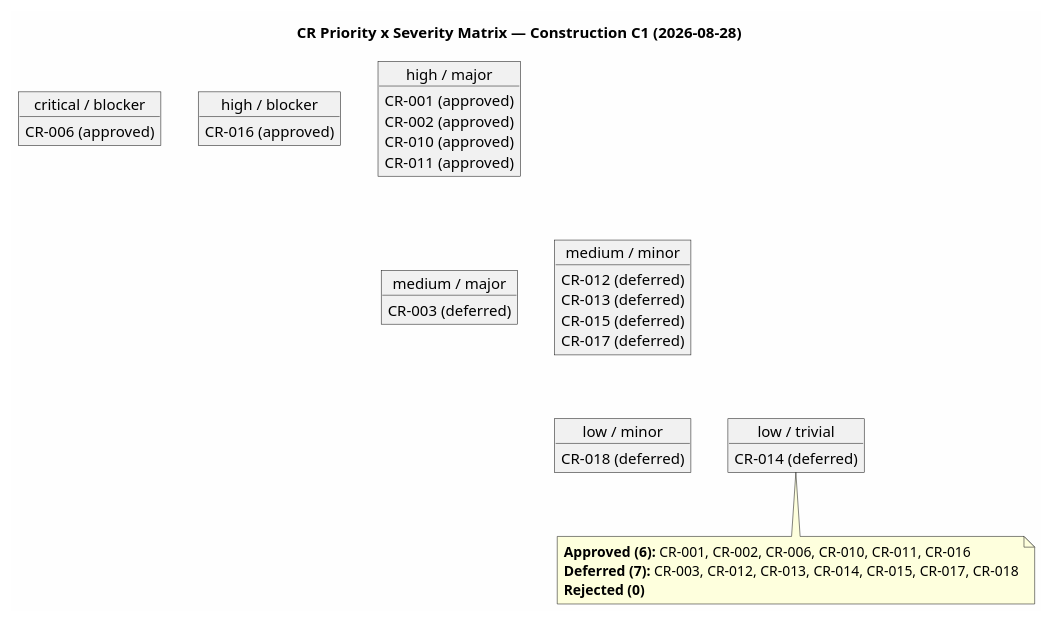
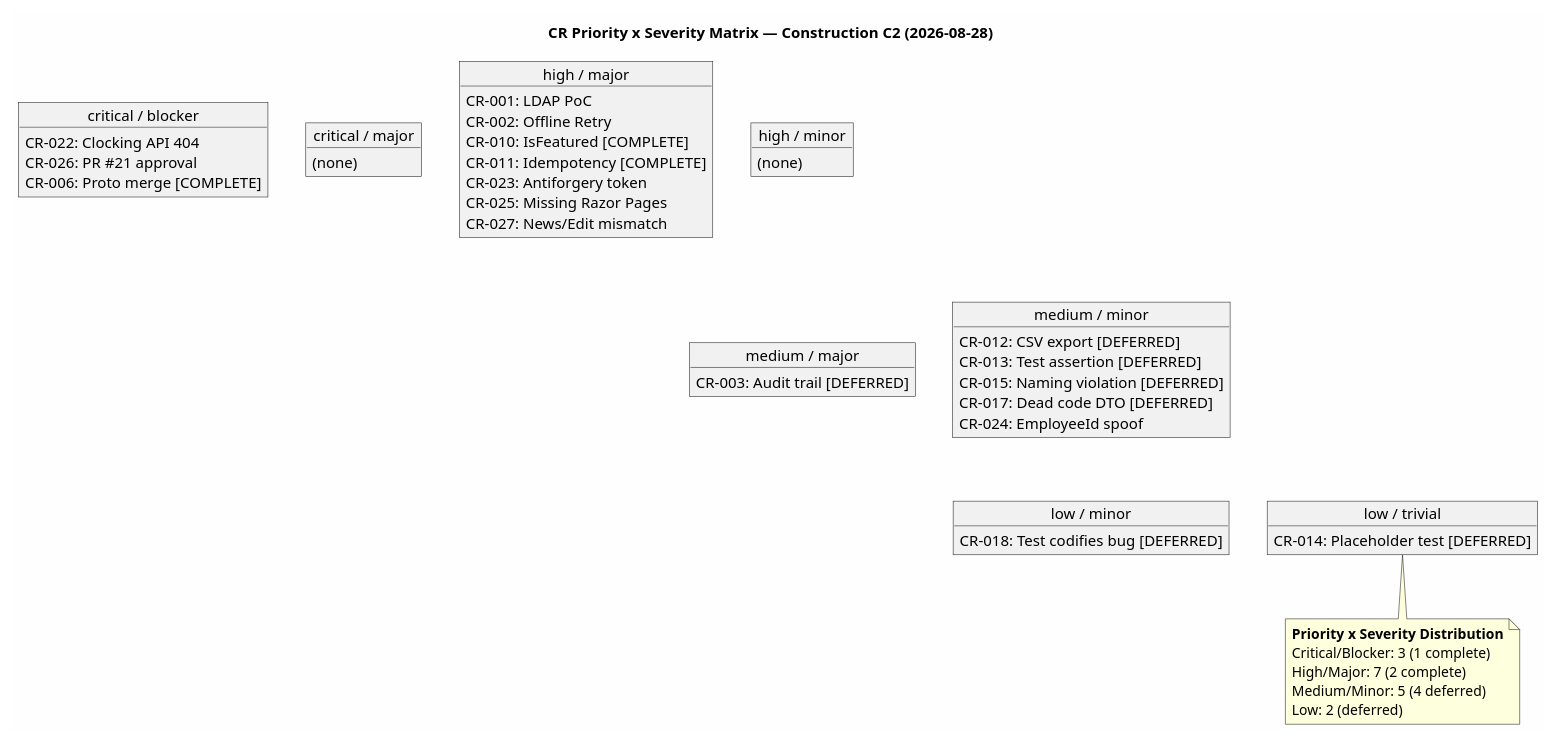
Before and after one commit to banense-test/portal-cuba-corp: the second of 4 diagrams in docs/artifacts/configuration---change-management/change-request.md, drawn with PlantUML. The commit also changed other lines of this file, not shown here.

````diff
--- a/docs/artifacts/configuration---change-management/change-request.md
+++ b/docs/artifacts/configuration---change-management/change-request.md
@@ -61,50 +67,69 @@
 ```plantuml
-@startuml CR_Priority_Severity_Distribution
-title CR Priority x Severity Matrix — Construction C1 (2026-08-28)
+@startuml CR_Priority_Severity_C2
+title CR Priority x Severity Matrix — Construction C2 (2026-08-28)
 
 skinparam backgroundColor #FEFEFE
 skinparam shadowing false
 
 object "critical / blocker" as cb {
-  CR-006 (approved)
-}
-object "high / blocker" as hb {
-  CR-016 (approved)
-}
-object "high / major" as hm {
-  CR-001 (approved)
-  CR-002 (approved)
-  CR-010 (approved)
-  CR-011 (approved)
-}
-object "medium / major" as mm {
-  CR-003 (deferred)
-}
-object "medium / minor" as mmin {
-  CR-012 (deferred)
-  CR-013 (deferred)
-  CR-015 (deferred)
-  CR-017 (deferred)
-}
-object "low / minor" as lmin {
-  CR-018 (deferred)
-}
-object "low / trivial" as lt {
-  CR-014 (deferred)
+  CR-022: Clocking API 404
+  CR-026: PR #21 approval
+  CR-006: Proto merge [COMPLETE]
 }
 
-cb -[hidden]right-> hb
-hb -[hidden]right-> hm
-hm -[hidden]down-> mm
-mm -[hidden]right-> mmin
-mmin -[hidden]down-> lmin
-lmin -[hidden]right-> lt
+object "critical / major" as cm {
+  (none)
+}
 
-note bottom
-  **Approved (6):** CR-001, CR-002, CR-006, CR-010, CR-011, CR-016
-  **Deferred (7):** CR-003, CR-012, CR-013, CR-014, CR-015, CR-017, CR-018
-  **Rejected (0)**
+object "high / major" as hm {
+  CR-001: LDAP PoC
+  CR-002: Offline Retry
+  CR-010: IsFeatured [COMPLETE]
+  CR-011: Idempotency [COMPLETE]
+  CR-023: Antiforgery token
+  CR-025: Missing Razor Pages
+  CR-027: News/Edit mismatch
+}
+
+object "high / minor" as hi {
+  (none)
+}
+
+object "medium / major" as mm {
+  CR-003: Audit trail [DEFERRED]
+}
+
+object "medium / minor" as mi {
+  CR-012: CSV export [DEFERRED]
+  CR-013: Test assertion [DEFERRED]
+  CR-015: Naming violation [DEFERRED]
+  CR-017: Dead code DTO [DEFERRED]
+  CR-024: EmployeeId spoof
+}
+
+object "low / minor" as li {
+  CR-018: Test codifies bug [DEFERRED]
+}
+
+object "low / trivial" as lt {
+  CR-014: Placeholder test [DEFERRED]
+}
+
+cb -[hidden]right-> cm
+cm -[hidden]right-> hm
+hm -[hidden]right-> hi
+hi -[hidden]down-> mm
+mm -[hidden]right-> mi
+mi -[hidden]down-> li
+li -[hidden]right-> lt
+
+note bottom of lt
+  **Priority x Severity Distribution**
+  Critical/Blocker: 3 (1 complete)
+  High/Major: 7 (2 complete)
+  Medium/Minor: 5 (4 deferred)
+  Low: 2 (deferred)
 end note
 
 @enduml
 ```
````
